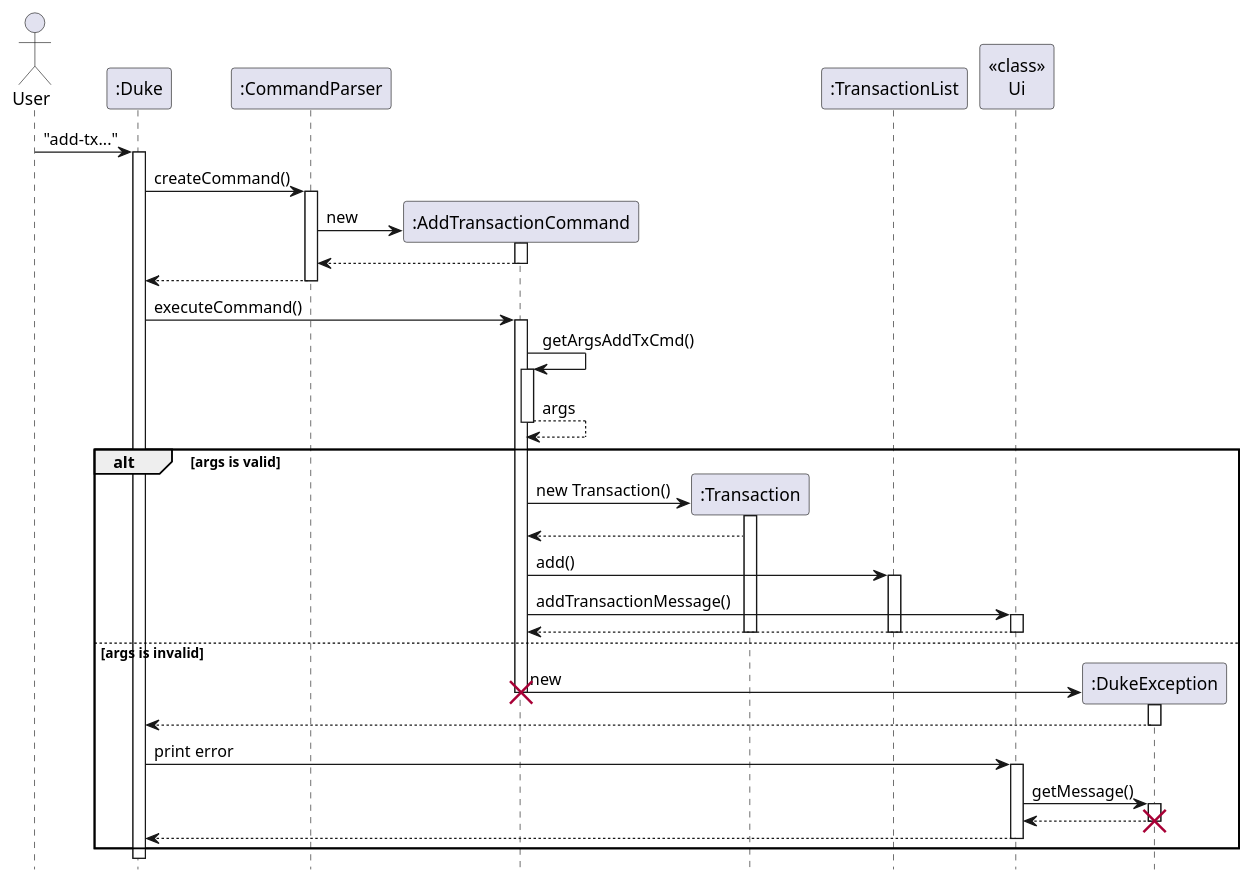
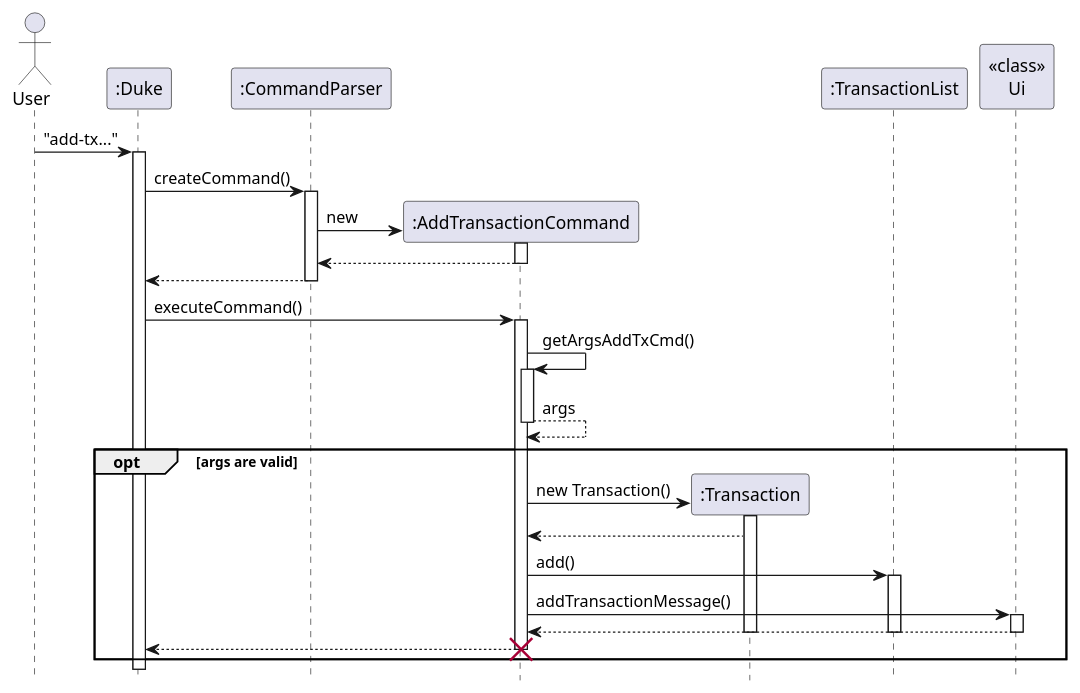
The diagram in docs/diagrams/transaction/AddTransactionSequence.puml (nus-cs2113-AY2223S1/tp), drawn with PlantUML before and after one commit. The commit also changed 16 other files, not shown here.

Commit message:
Simplify Sequence diagram and fix class diagram

```diff
--- a/docs/diagrams/transaction/AddTransactionSequence.puml
+++ b/docs/diagrams/transaction/AddTransactionSequence.puml
@@ -1,48 +1,37 @@
 @startuml
 hide footbox
 
 Actor User
 "User" -> ":Duke": "add-tx..."
 activate ":Duke"
 ":Duke" -> ":CommandParser": createCommand()
 activate ":CommandParser"
 ":CommandParser" -> ":AddTransactionCommand"**: new
 activate ":AddTransactionCommand"
 return
 ":CommandParser" --> ":Duke":
 deactivate
 
 ":Duke" -> ":AddTransactionCommand" : executeCommand()
 activate ":AddTransactionCommand"
 ":AddTransactionCommand" -> ":AddTransactionCommand": getArgsAddTxCmd()
 activate ":AddTransactionCommand"
 return args
-alt args is valid
+opt args are valid
     ":AddTransactionCommand" -> ":Transaction"**: new Transaction()
     activate ":Transaction"
     ":Transaction" --> ":AddTransactionCommand"
     ":AddTransactionCommand" -> ":TransactionList": add()
     activate ":TransactionList"
     ":AddTransactionCommand" -> "<<class>>\nUi": addTransactionMessage()
     activate "<<class>>\nUi"
     return
     deactivate ":TransactionList"
     deactivate "<<class>>\nUi"
     deactivate ":Transaction"
-else args is invalid
-    ":AddTransactionCommand" -> ":DukeException"** : new
-    destroy ":AddTransactionCommand"
-    activate ":DukeException"
-    ":DukeException" --> ":Duke"
-    deactivate ":DukeException"
-    ":Duke" -> "<<class>>\nUi" : print error
-    activate "<<class>>\nUi"
-    "<<class>>\nUi" -> ":DukeException": getMessage()
-    activate ":DukeException"
-    return
-    destroy ":DukeException"
-    "<<class>>\nUi" --> ":Duke"
-    deactivate "<<class>>\nUi"
+":AddTransactionCommand" --> ":Duke"
+destroy ":AddTransactionCommand"
 end
 
+
 @enduml
```
